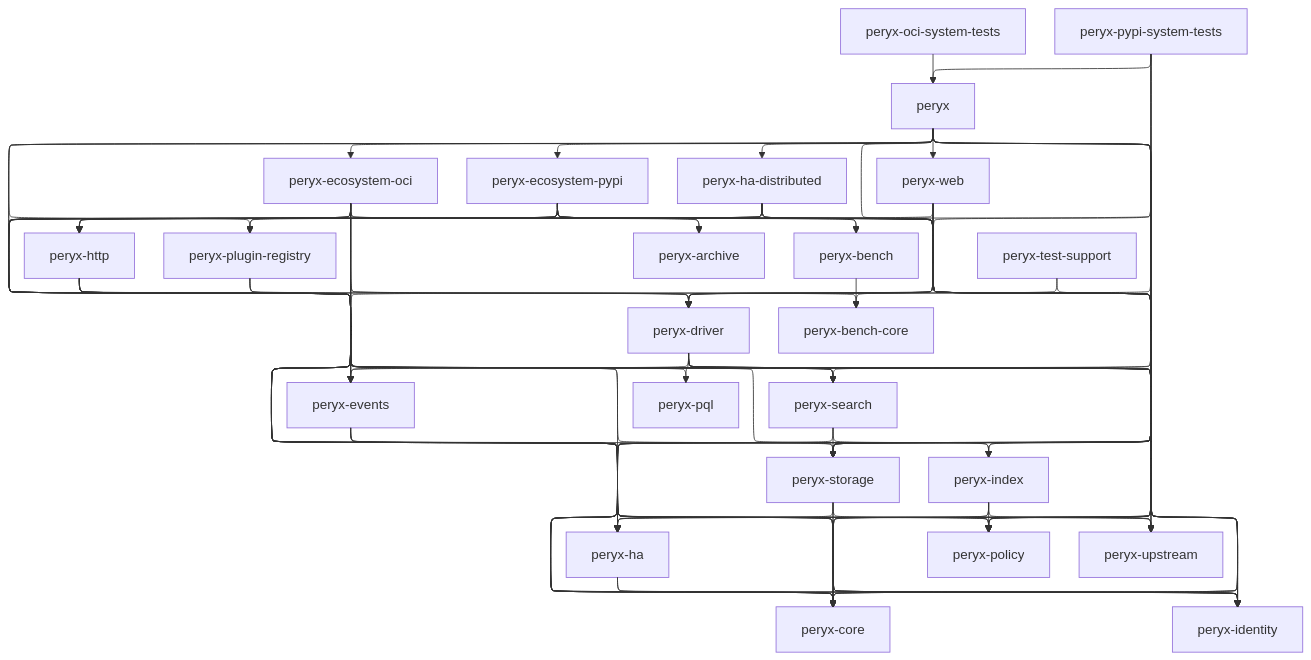
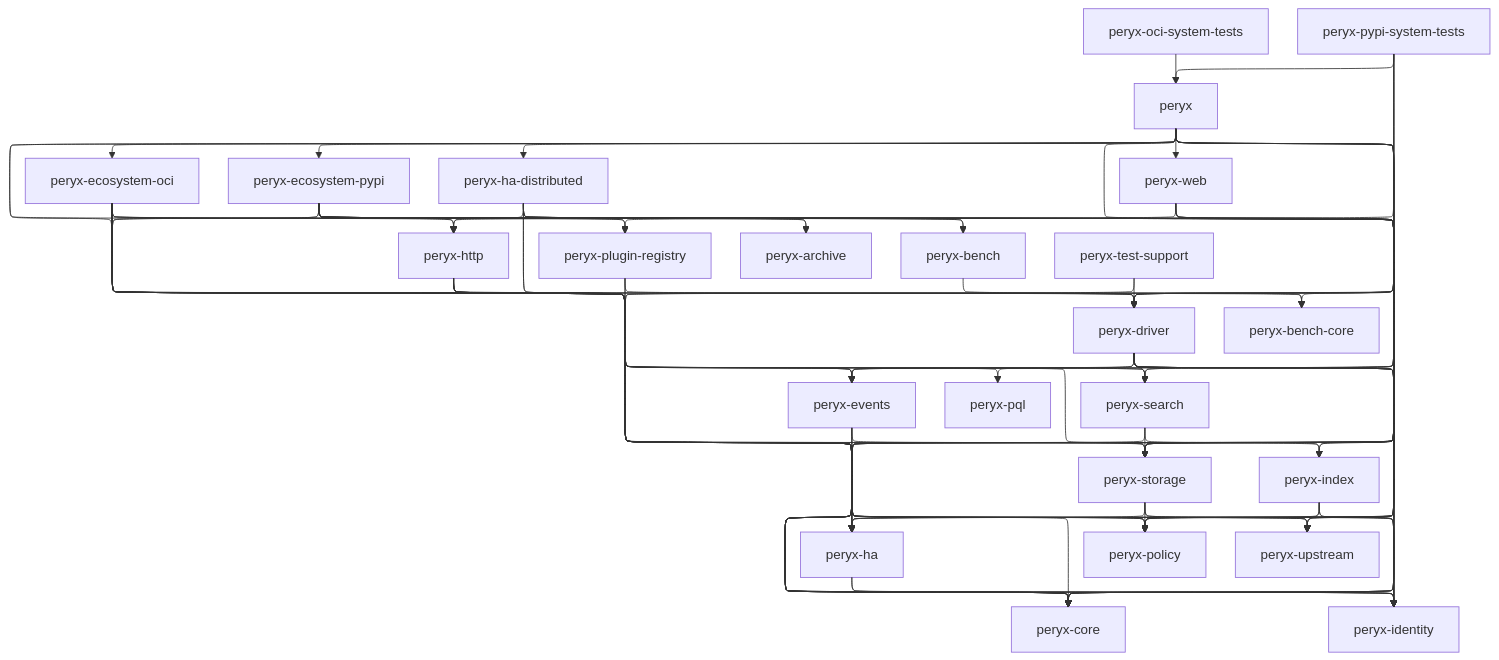
One commit to gaborbernat/peryx changed the diagram in site/diagrams/crate-dependencies.mmd. Above: the diagram before and after it, drawn with Mermaid. The commit also changed 2 other files, not shown here.

Commit message:
📝 docs: refresh crate dependency graph
Moving peryx-identity out of the peryx-web production graph removed one
runtime dependency edge. Regenerate the checked-in Mermaid source and
both rendered themes from the manifest graph.

```diff
--- a/site/diagrams/crate-dependencies.mmd
+++ b/site/diagrams/crate-dependencies.mmd
@@ -1,137 +1,136 @@
 ---
 config:
   layout: elk
   elk:
     mergeEdges: true
 ---
 flowchart TD
   peryx --> peryx_core
   peryx --> peryx_driver
   peryx --> peryx_ecosystem_oci
   peryx --> peryx_ecosystem_pypi
   peryx --> peryx_events
   peryx --> peryx_ha
   peryx --> peryx_ha_distributed
   peryx --> peryx_http
   peryx --> peryx_identity
   peryx --> peryx_plugin_registry
   peryx --> peryx_policy
   peryx --> peryx_storage
   peryx --> peryx_upstream
   peryx --> peryx_web
   peryx["peryx"]
   peryx_archive["peryx-archive"]
   peryx_bench --> peryx_bench_core
   peryx_bench["peryx-bench"]
   peryx_bench_core["peryx-bench-core"]
   peryx_core["peryx-core"]
   peryx_driver --> peryx_core
   peryx_driver --> peryx_events
   peryx_driver --> peryx_ha
   peryx_driver --> peryx_identity
   peryx_driver --> peryx_index
   peryx_driver --> peryx_policy
   peryx_driver --> peryx_pql
   peryx_driver --> peryx_search
   peryx_driver --> peryx_storage
   peryx_driver --> peryx_upstream
   peryx_driver["peryx-driver"]
   peryx_ecosystem_oci --> peryx_archive
   peryx_ecosystem_oci --> peryx_bench
   peryx_ecosystem_oci --> peryx_bench_core
   peryx_ecosystem_oci --> peryx_core
   peryx_ecosystem_oci --> peryx_driver
   peryx_ecosystem_oci --> peryx_events
   peryx_ecosystem_oci --> peryx_ha
   peryx_ecosystem_oci --> peryx_identity
   peryx_ecosystem_oci --> peryx_index
   peryx_ecosystem_oci --> peryx_plugin_registry
   peryx_ecosystem_oci --> peryx_policy
   peryx_ecosystem_oci --> peryx_search
   peryx_ecosystem_oci --> peryx_storage
   peryx_ecosystem_oci --> peryx_upstream
   peryx_ecosystem_oci["peryx-ecosystem-oci"]
   peryx_ecosystem_pypi --> peryx_archive
   peryx_ecosystem_pypi --> peryx_bench
   peryx_ecosystem_pypi --> peryx_bench_core
   peryx_ecosystem_pypi --> peryx_core
   peryx_ecosystem_pypi --> peryx_driver
   peryx_ecosystem_pypi --> peryx_events
   peryx_ecosystem_pypi --> peryx_ha
   peryx_ecosystem_pypi --> peryx_http
   peryx_ecosystem_pypi --> peryx_identity
   peryx_ecosystem_pypi --> peryx_index
   peryx_ecosystem_pypi --> peryx_plugin_registry
   peryx_ecosystem_pypi --> peryx_policy
   peryx_ecosystem_pypi --> peryx_search
   peryx_ecosystem_pypi --> peryx_storage
   peryx_ecosystem_pypi --> peryx_upstream
   peryx_ecosystem_pypi["peryx-ecosystem-pypi"]
   peryx_events --> peryx_core
   peryx_events --> peryx_ha
   peryx_events --> peryx_identity
   peryx_events --> peryx_storage
   peryx_events["peryx-events"]
   peryx_ha --> peryx_core
   peryx_ha --> peryx_identity
   peryx_ha["peryx-ha"]
   peryx_ha_distributed --> peryx_core
   peryx_ha_distributed --> peryx_driver
   peryx_ha_distributed --> peryx_events
   peryx_ha_distributed --> peryx_ha
   peryx_ha_distributed --> peryx_http
   peryx_ha_distributed --> peryx_identity
   peryx_ha_distributed --> peryx_storage
   peryx_ha_distributed --> peryx_upstream
   peryx_ha_distributed["peryx-ha-distributed"]
   peryx_http --> peryx_core
   peryx_http --> peryx_driver
   peryx_http --> peryx_events
   peryx_http --> peryx_identity
   peryx_http --> peryx_policy
   peryx_http --> peryx_pql
   peryx_http --> peryx_search
   peryx_http["peryx-http"]
   peryx_identity["peryx-identity"]
   peryx_index --> peryx_core
   peryx_index --> peryx_identity
   peryx_index --> peryx_policy
   peryx_index --> peryx_upstream
   peryx_index["peryx-index"]
   peryx_oci_system_tests --> peryx
   peryx_oci_system_tests["peryx-oci-system-tests"]
   peryx_plugin_registry --> peryx_core
   peryx_plugin_registry --> peryx_driver
   peryx_plugin_registry --> peryx_storage
   peryx_plugin_registry["peryx-plugin-registry"]
   peryx_policy["peryx-policy"]
   peryx_pql["peryx-pql"]
   peryx_pypi_system_tests --> peryx
   peryx_pypi_system_tests --> peryx_core
   peryx_pypi_system_tests --> peryx_identity
   peryx_pypi_system_tests --> peryx_policy
   peryx_pypi_system_tests --> peryx_storage
   peryx_pypi_system_tests["peryx-pypi-system-tests"]
   peryx_search --> peryx_core
   peryx_search --> peryx_index
   peryx_search --> peryx_storage
   peryx_search["peryx-search"]
   peryx_storage --> peryx_core
   peryx_storage --> peryx_ha
   peryx_storage --> peryx_identity
   peryx_storage --> peryx_policy
   peryx_storage["peryx-storage"]
   peryx_test_support --> peryx_core
   peryx_test_support --> peryx_driver
   peryx_test_support["peryx-test-support"]
   peryx_upstream["peryx-upstream"]
   peryx_web --> peryx_core
   peryx_web --> peryx_driver
   peryx_web --> peryx_ha
   peryx_web --> peryx_http
-  peryx_web --> peryx_identity
   peryx_web --> peryx_search
   peryx_web["peryx-web"]
   class peryx accent
   class peryx_ecosystem_oci,peryx_ecosystem_pypi good
   class peryx_oci_system_tests,peryx_pypi_system_tests warn
```
